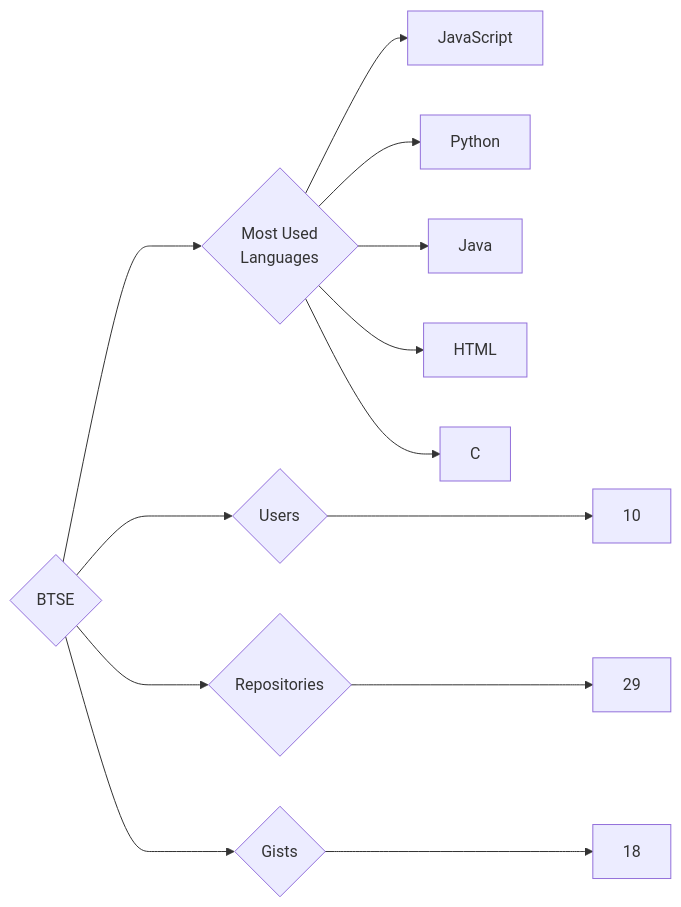
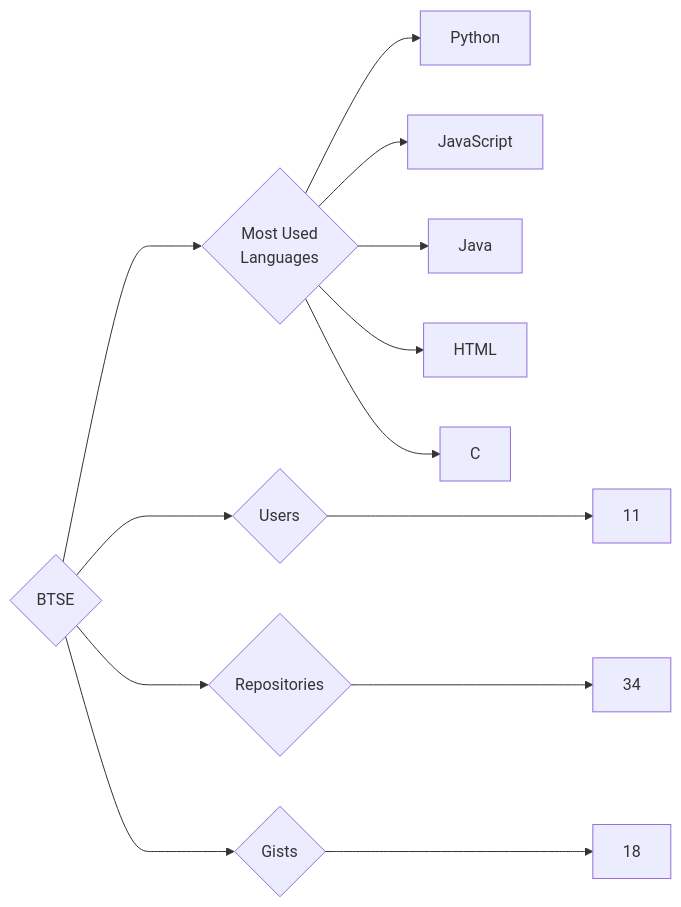
Before and after one commit to trickest/insiders: the diagram in targets/BTSE/README.md, drawn with Mermaid. The commit also changed 1030 other files, not shown here.

````diff
--- a/targets/BTSE/README.md
+++ b/targets/BTSE/README.md
@@ -3,13 +3,13 @@
 ```mermaid
 graph LR
 COMPANY_NAME{BTSE}
-COMPANY_NAME ---> U{Users} ---> UN[10]
-COMPANY_NAME ---> R{Repositories} ---> RN[29]
+COMPANY_NAME ---> U{Users} ---> UN[11]
+COMPANY_NAME ---> R{Repositories} ---> RN[34]
 COMPANY_NAME ---> G{Gists} ---> GN[18]
 COMPANY_NAME ---> ML{Most Used<br>Languages}
+ML --> Python[Python]
 ML --> JavaScript[JavaScript]
-ML --> Python[Python]
 ML --> Java[Java]
 ML --> HTML[HTML]
 ML --> C[C]
 ```
````
